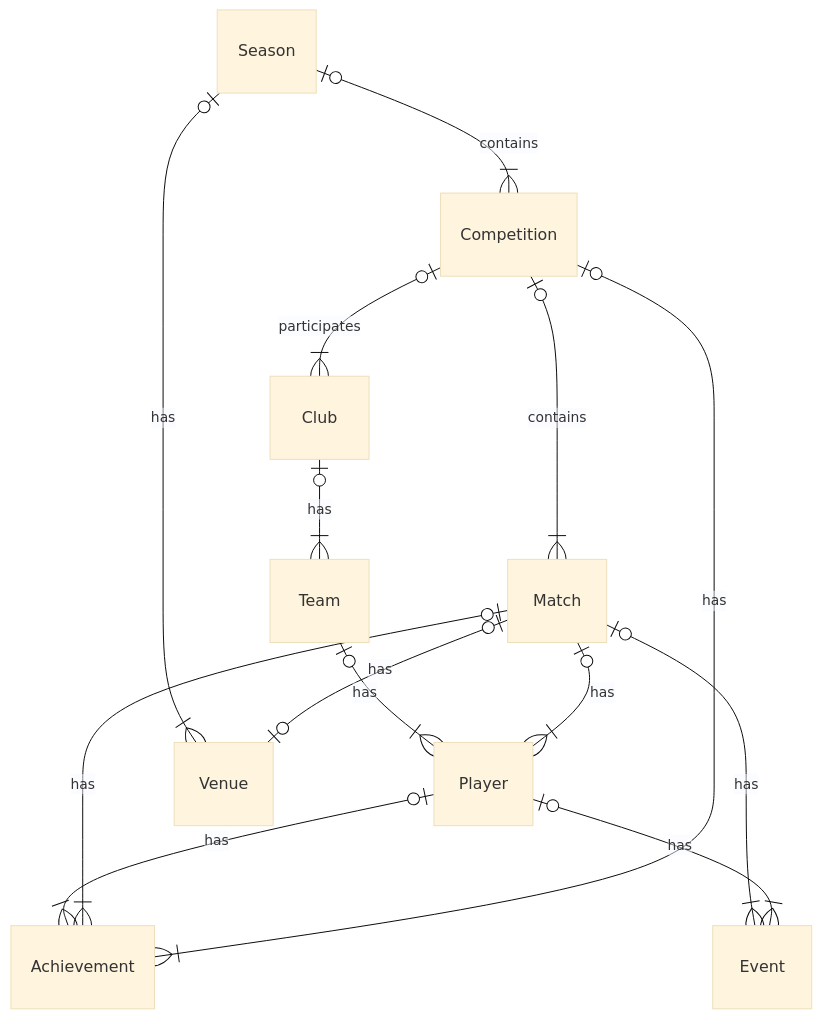
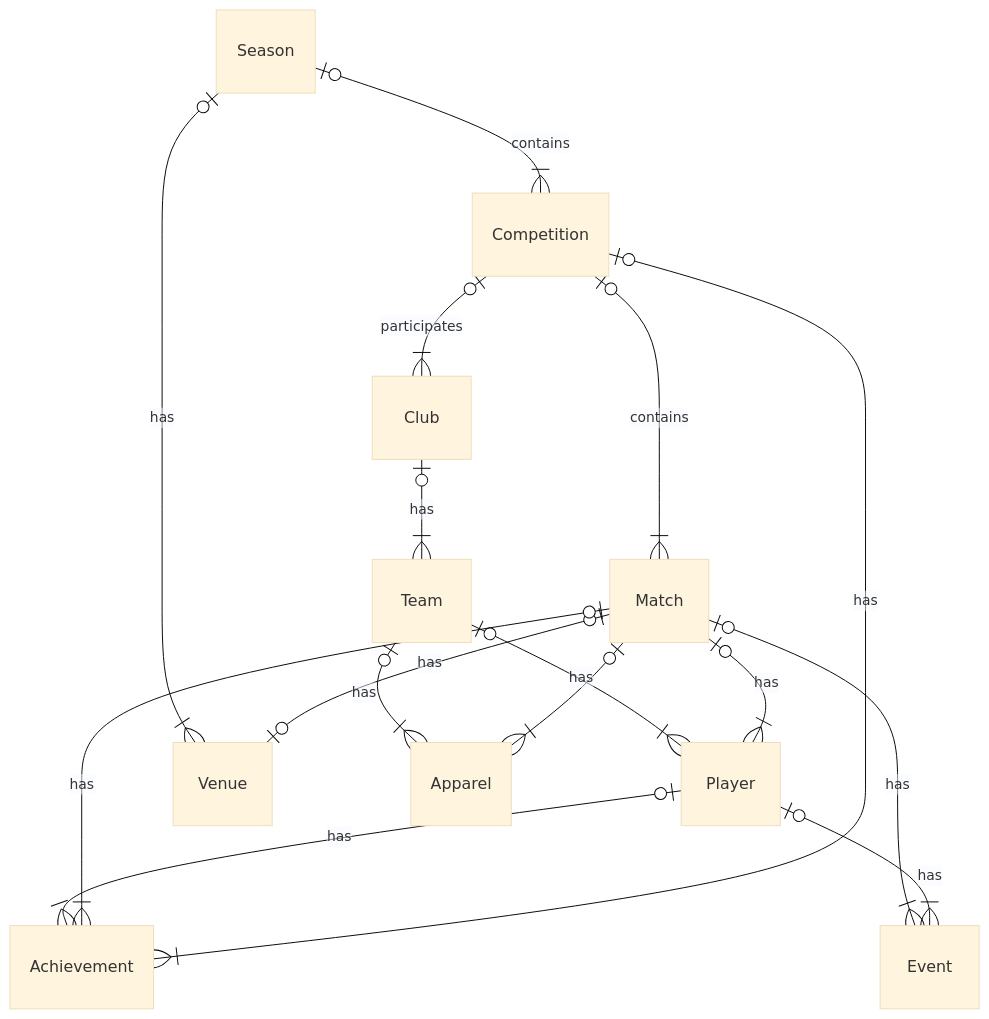
One commit to UnosquareCOE/billing-giants changed the diagram in README.md. Above: the diagram before and after it, drawn with Mermaid (base theme). The commit also changed other lines of this file and 4 other files, not shown here.

````diff
--- a/README.md
+++ b/README.md
@@ -45,16 +43,18 @@
 ```mermaid
 erDiagram
     Club o|--}| Team: has
     Team o|--}| Player: has
     Season o|--}| Competition : contains
     Competition o|--}| Match : contains
     Match o|--}| Player : has
     Match o|--}| Event: has
     Season o|--}| Venue: has
     Match o|--o| Venue: has
     Player o|--}| Achievement: has
     Player o|--}| Event: has
     Match o|--}| Achievement: has
     Competition o|--}| Achievement: has
     Competition o|--}| Club: participates
+    Team o|--}| Apparel: has
+    Match o|--}| Apparel: ""
 ```
````
